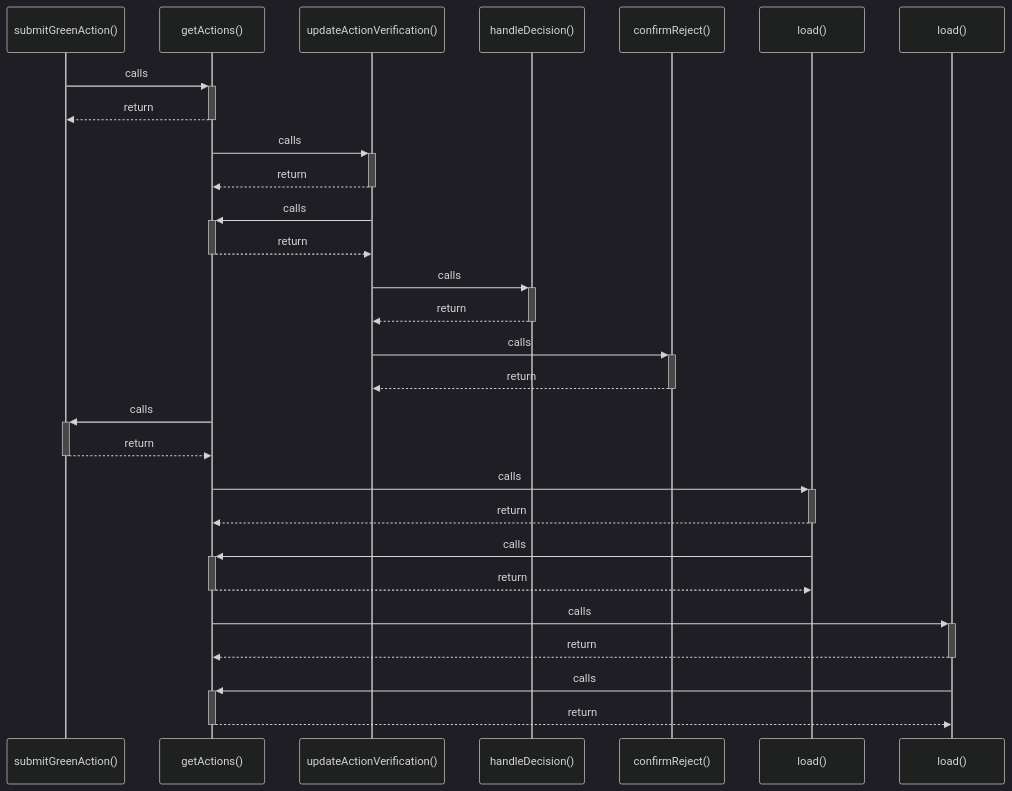
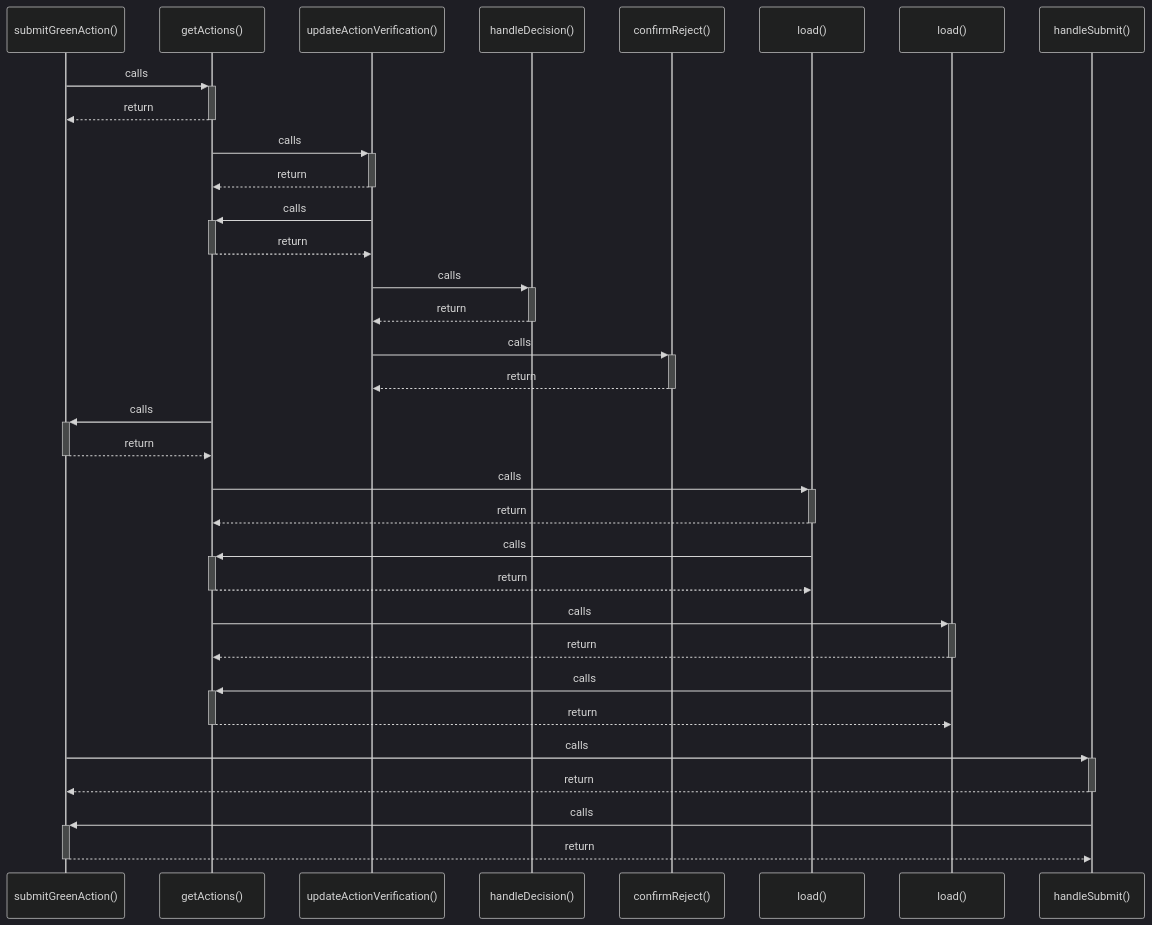
One commit to FY72X9/i-can-app changed the diagram in graphify-out/wiki/submitGreenAction().md. Above: the diagram before and after it, drawn with Mermaid (dark theme). The commit also changed other lines of this file and 35 other files, not shown here.

Commit message:
feat: implement authentication service and UI pages with generated knowledge graph documentation

````diff
--- a/graphify-out/wiki/submitGreenAction().md
+++ b/graphify-out/wiki/submitGreenAction().md
@@ -7,30 +7,35 @@
 ```mermaid
 sequenceDiagram
     participant P0 as submitGreenAction()
     participant P1 as getActions()
     participant P2 as updateActionVerification()
     participant P3 as handleDecision()
     participant P4 as confirmReject()
     participant P5 as load()
     participant P6 as load()
+    participant P7 as handleSubmit()
     P0->>+ P1: calls
     P1-->>- P0: return
     P1->>+ P2: calls
     P2-->>- P1: return
     P2->>+ P1: calls
     P1-->>- P2: return
     P2->>+ P3: calls
     P3-->>- P2: return
     P2->>+ P4: calls
     P4-->>- P2: return
     P1->>+ P0: calls
     P0-->>- P1: return
     P1->>+ P5: calls
     P5-->>- P1: return
     P5->>+ P1: calls
     P1-->>- P5: return
     P1->>+ P6: calls
     P6-->>- P1: return
     P6->>+ P1: calls
     P1-->>- P6: return
+    P0->>+ P7: calls
+    P7-->>- P0: return
+    P7->>+ P0: calls
+    P0-->>- P7: return
 ```
````
